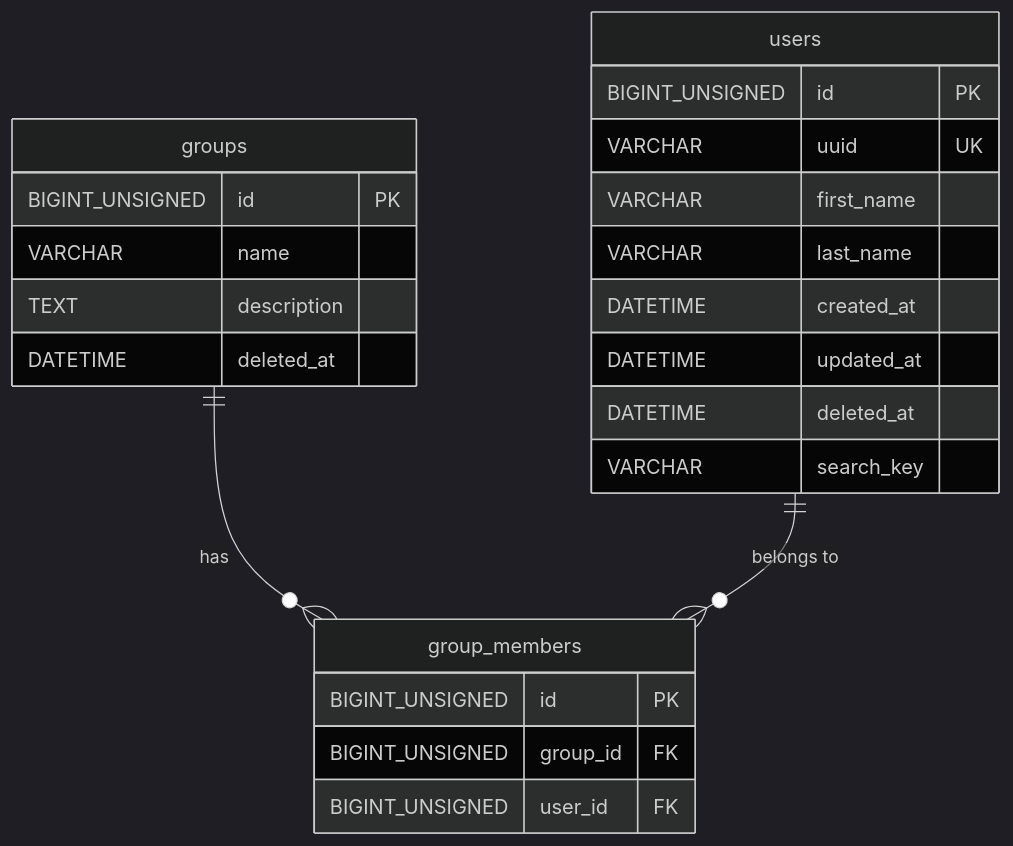
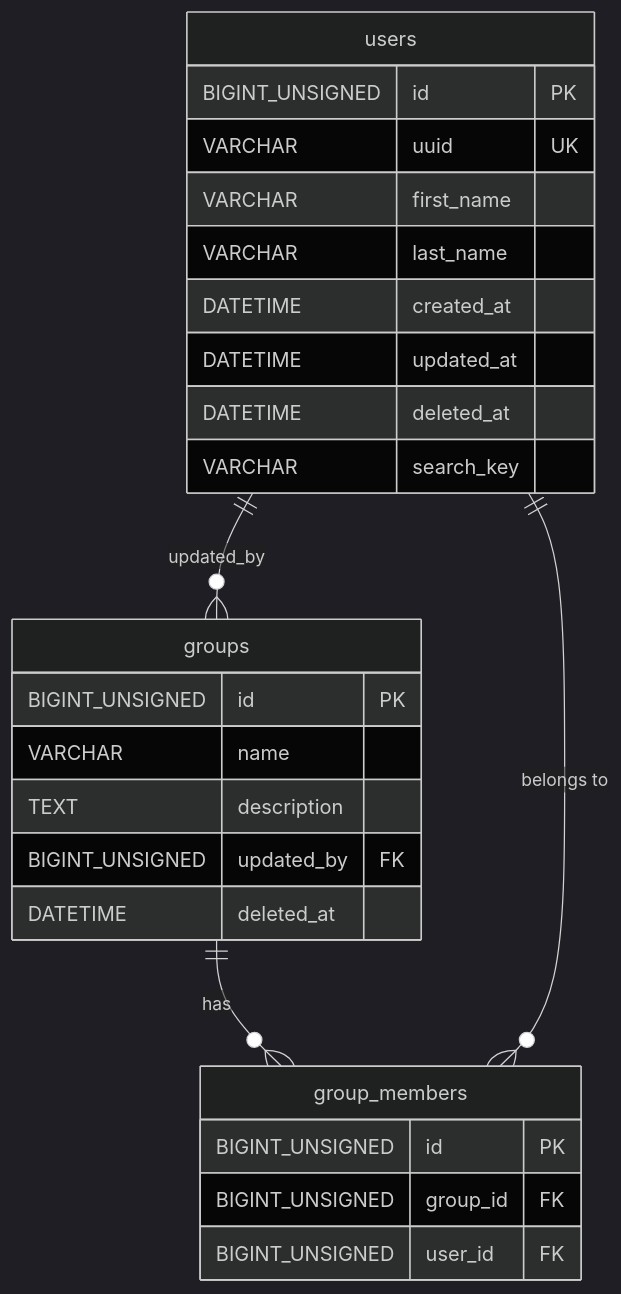
Before and after one commit to hrk-m/spec-to-dev-workflow: the diagram in plans/schema.md, drawn with Mermaid (dark theme). The commit also changed other lines of this file and 34 other files, not shown here.

````diff
--- a/plans/schema.md
+++ b/plans/schema.md
@@ -208,26 +211,28 @@
 ```mermaid
 erDiagram
     groups {
         BIGINT_UNSIGNED id PK
         VARCHAR name
         TEXT description
+        BIGINT_UNSIGNED updated_by FK
         DATETIME deleted_at
     }
     group_members {
         BIGINT_UNSIGNED id PK
         BIGINT_UNSIGNED group_id FK
         BIGINT_UNSIGNED user_id FK
     }
     users {
         BIGINT_UNSIGNED id PK
         VARCHAR uuid UK
         VARCHAR first_name
         VARCHAR last_name
         DATETIME created_at
         DATETIME updated_at
         DATETIME deleted_at
         VARCHAR search_key
     }
     groups ||--o{ group_members : "has"
     users ||--o{ group_members : "belongs to"
+    users ||--o{ groups : "updated_by"
 ```
````
